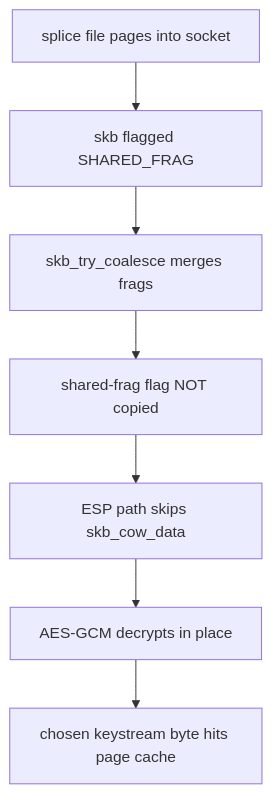
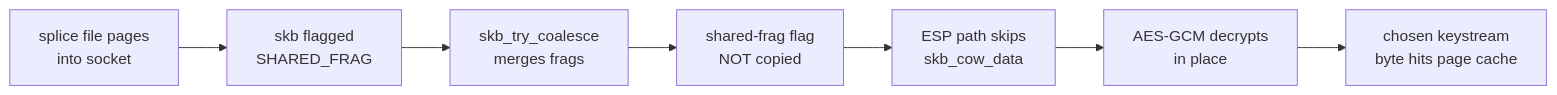
The first of 2 diagrams in content/articles/fragnesia-cve-2026-46300.md (voutourig/georgesec.com), drawn with Mermaid before and after one commit. The commit also changed 5 other files, not shown here.

````diff
--- a/content/articles/fragnesia-cve-2026-46300.md
+++ b/content/articles/fragnesia-cve-2026-46300.md
@@ -27,9 +27,9 @@
 ```mermaid
-flowchart TD
-  A[splice file pages into socket] --> B[skb flagged SHARED_FRAG]
-  B --> C[skb_try_coalesce merges frags]
-  C --> D[shared-frag flag NOT copied]
-  D --> E[ESP path skips skb_cow_data]
-  E --> F[AES-GCM decrypts in place]
-  F --> G[chosen keystream byte hits page cache]
+flowchart LR
+  A["splice file pages<br/>into socket"] --> B["skb flagged<br/>SHARED_FRAG"]
+  B --> C["skb_try_coalesce<br/>merges frags"]
+  C --> D["shared-frag flag<br/>NOT copied"]
+  D --> E["ESP path skips<br/>skb_cow_data"]
+  E --> F["AES-GCM decrypts<br/>in place"]
+  F --> G["chosen keystream<br/>byte hits page cache"]
 ```
````
